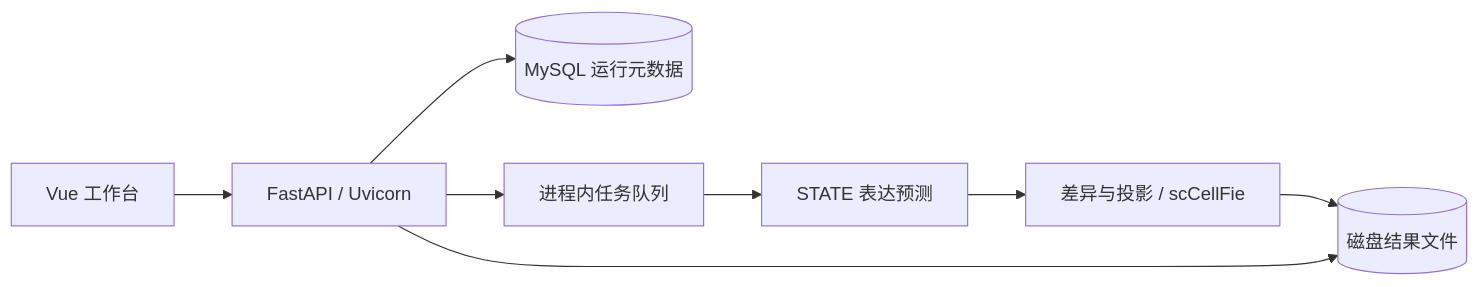
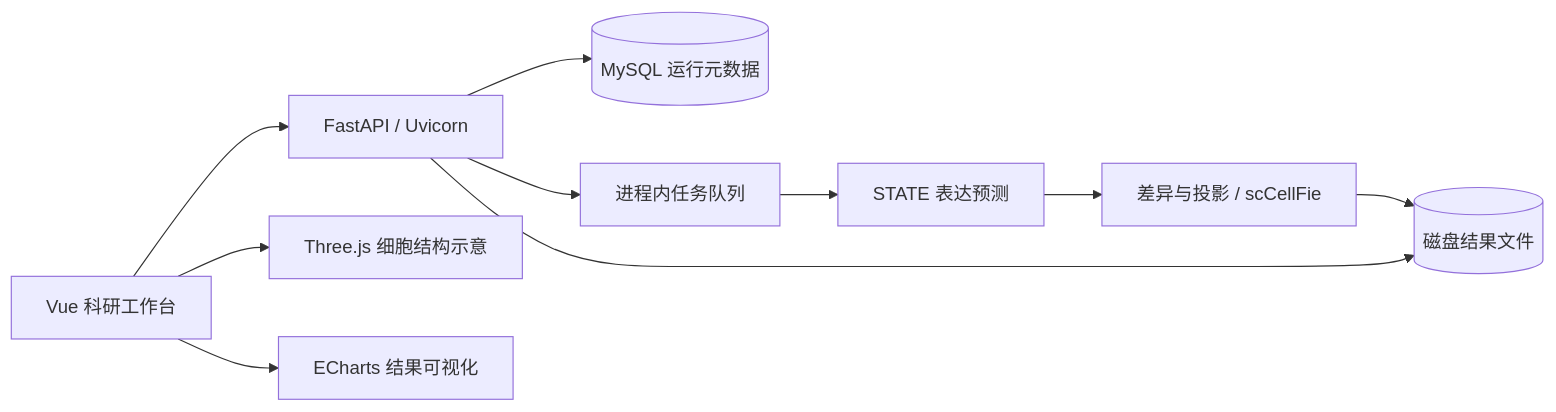
One commit to hash-distill/celllens-platform changed the diagram in README.md. Above: the diagram before and after it, drawn with Mermaid. The commit also changed other lines of this file, not shown here.

````diff
--- a/README.md
+++ b/README.md
@@ -48,10 +79,12 @@
 ```mermaid
 flowchart LR
-    UI[Vue 工作台] --> API[FastAPI / Uvicorn]
+    UI[Vue 科研工作台] --> API[FastAPI / Uvicorn]
+    UI --> SCENE[Three.js 细胞结构示意]
+    UI --> CHARTS[ECharts 结果可视化]
     API --> DB[(MySQL 运行元数据)]
     API --> QUEUE[进程内任务队列]
     QUEUE --> STATE[STATE 表达预测]
     STATE --> ANALYSIS[差异与投影 / scCellFie]
     ANALYSIS --> FILES[(磁盘结果文件)]
     API --> FILES
 ```
````
